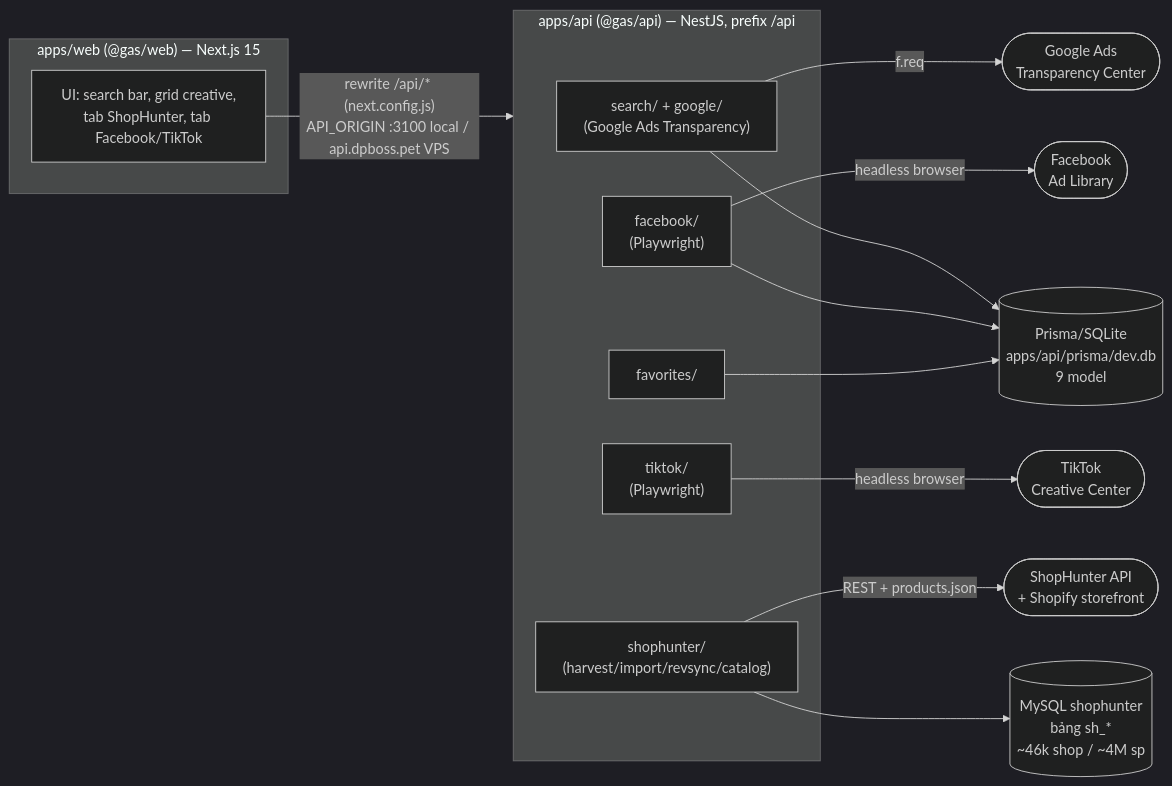
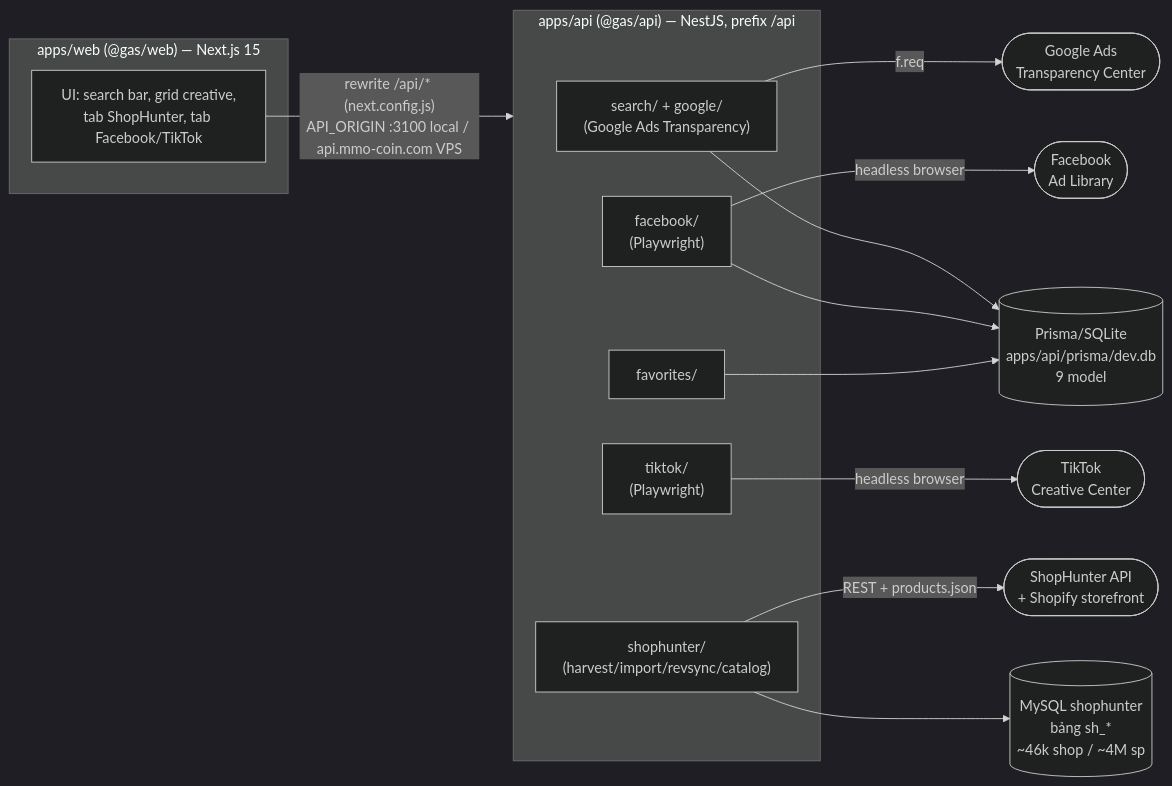
The first of 2 diagrams in docs/kien-truc.md (netvietsoft/ads-spy), drawn with Mermaid (dark theme) before and after one commit. The commit also changed other lines of this file and 20 other files, not shown here.

First line of the commit message:
chore(domain): dpboss.pet → mmo-coin.com (bỏ hẳn domain cũ)

````diff
--- a/docs/kien-truc.md
+++ b/docs/kien-truc.md
@@ -67,32 +67,32 @@
 ```mermaid
 flowchart LR
     subgraph FE["apps/web (@gas/web) — Next.js 15"]
         UI["UI: search bar, grid creative,\ntab ShopHunter, tab Facebook/TikTok"]
     end
 
     subgraph BE["apps/api (@gas/api) — NestJS, prefix /api"]
         SEARCH["search/ + google/\n(Google Ads Transparency)"]
         FB["facebook/\n(Playwright)"]
         TT["tiktok/\n(Playwright)"]
         SH["shophunter/\n(harvest/import/revsync/catalog)"]
         FAV["favorites/"]
     end
 
     SQLITE[("Prisma/SQLite\napps/api/prisma/dev.db\n9 model")]
     MYSQL[("MySQL shophunter\nbảng sh_*\n~46k shop / ~4M sp")]
 
     GOOGLE(["Google Ads\nTransparency Center"])
     FBLIB(["Facebook\nAd Library"])
     TIKTOK(["TikTok\nCreative Center"])
     SHAPI(["ShopHunter API\n+ Shopify storefront"])
 
-    UI -- "rewrite /api/* (next.config.js)\nAPI_ORIGIN :3100 local / api.dpboss.pet VPS" --> BE
+    UI -- "rewrite /api/* (next.config.js)\nAPI_ORIGIN :3100 local / api.mmo-coin.com VPS" --> BE
     SEARCH --> SQLITE
     FB --> SQLITE
     FAV --> SQLITE
     SH --> MYSQL
     SEARCH -- "f.req" --> GOOGLE
     FB -- "headless browser" --> FBLIB
     TT -- "headless browser" --> TIKTOK
     SH -- "REST + products.json" --> SHAPI
 ```
````
